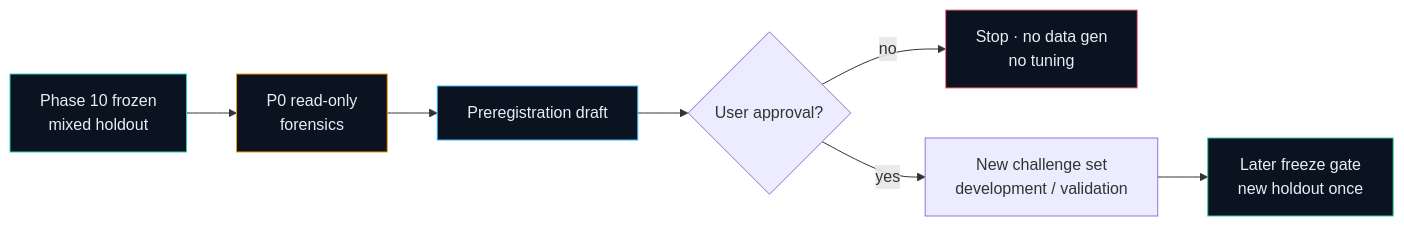
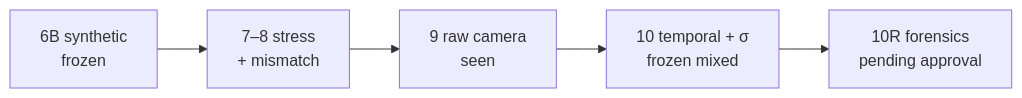
Before and after one commit to suhaslord/uav-safety-research: the diagram in README.md, drawn with Mermaid. The commit also changed other lines of this file and 30 other files, not shown here.

````diff
--- a/README.md
+++ b/README.md
@@ -91,14 +124,7 @@
 ```mermaid
 flowchart LR
-  A["Phase 10 frozen<br/>mixed holdout"] --> B["P0 read-only<br/>forensics"]
-  B --> C["Preregistration draft"]
-  C --> D{"User approval?"}
-  D -->|no| E["Stop · no data gen<br/>no tuning"]
-  D -->|yes| F["New challenge set<br/>development / validation"]
-  F --> G["Later freeze gate<br/>new holdout once"]
-  style A fill:#0B1220,stroke:#2DD4BF,color:#E8EEF7
-  style B fill:#0B1220,stroke:#F59E0B,color:#E8EEF7
-  style C fill:#0B1220,stroke:#38BDF8,color:#E8EEF7
-  style E fill:#0B1220,stroke:#FB7185,color:#E8EEF7
-  style G fill:#0B1220,stroke:#34D399,color:#E8EEF7
+  A["6B synthetic<br/>frozen"] --> B["7–8 stress<br/>+ mismatch"]
+  B --> C["9 raw camera<br/>seen"]
+  C --> D["10 temporal + σ<br/>frozen mixed"]
+  D --> E["10R forensics<br/>pending approval"]
 ```
````
